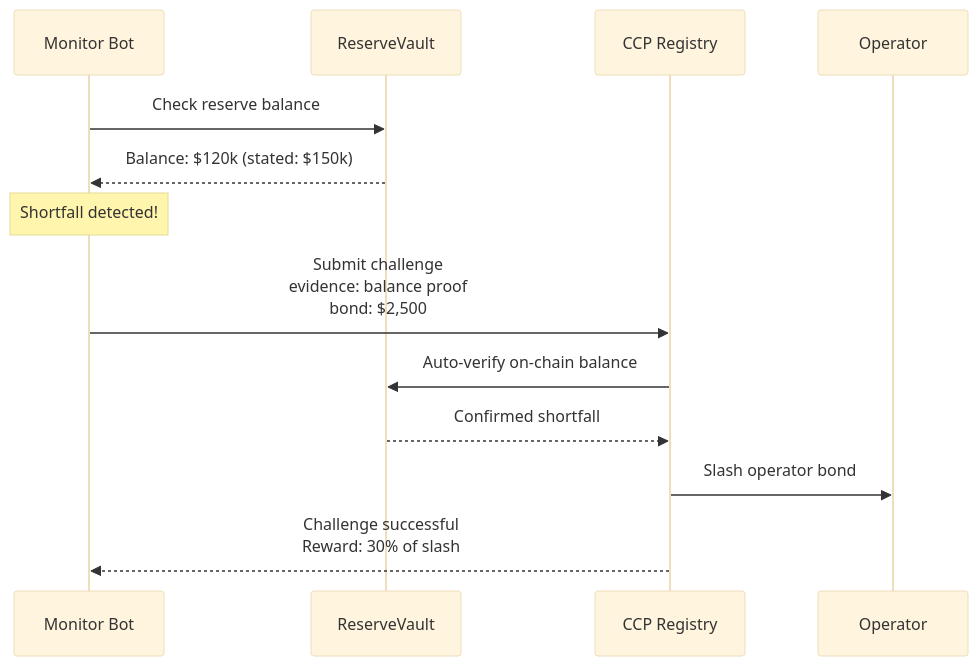
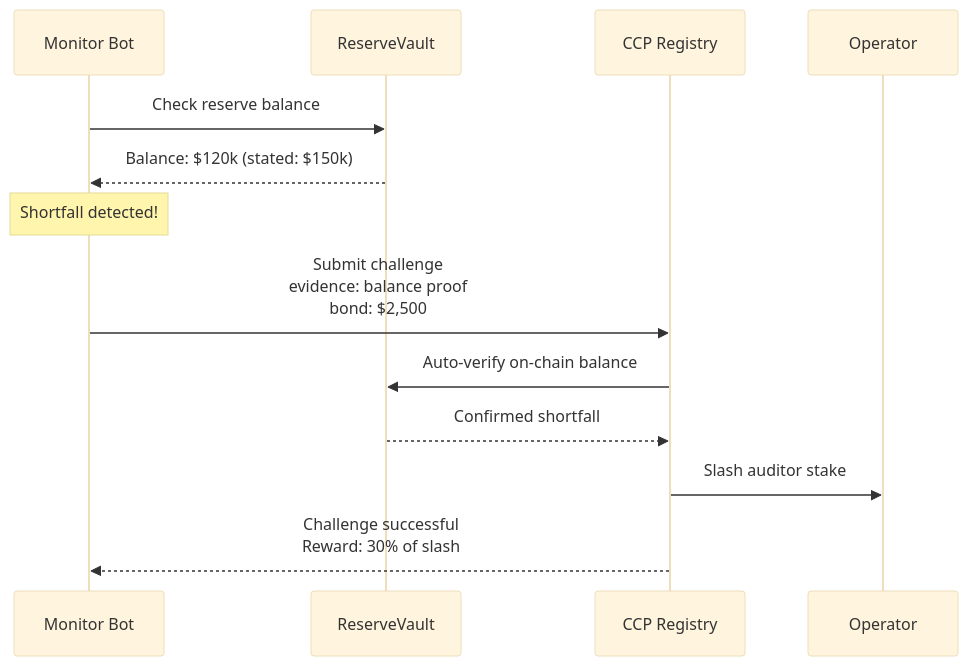
The third of 3 diagrams in docs/content/docs/integrations/transaction-scenarios.mdx (iamnotdou/ccp), drawn with Mermaid (base theme) before and after one commit. The commit also changed 1 other file, not shown here.

Commit message:
Fix integration docs — correct SpendingLimit address and slash reference

````diff
--- a/docs/content/docs/integrations/transaction-scenarios.mdx
+++ b/docs/content/docs/integrations/transaction-scenarios.mdx
@@ -81,16 +81,16 @@
 ```mermaid
 sequenceDiagram
     participant M as Monitor Bot
     participant RV as ReserveVault
     participant CR as CCP Registry
     participant O as Operator
 
     M->>RV: Check reserve balance
     RV-->>M: Balance: $120k (stated: $150k)
     Note over M: Shortfall detected!
     M->>CR: Submit challenge<br/>evidence: balance proof<br/>bond: $2,500
     CR->>RV: Auto-verify on-chain balance
     RV-->>CR: Confirmed shortfall
-    CR->>O: Slash operator bond
+    CR->>O: Slash auditor stake
     CR-->>M: Challenge successful<br/>Reward: 30% of slash
 ```
````
